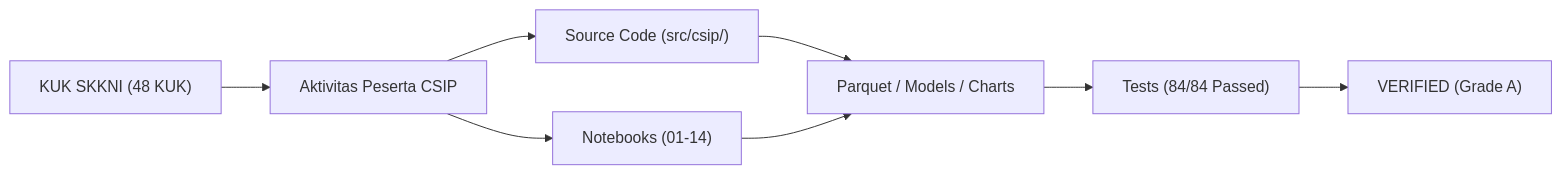
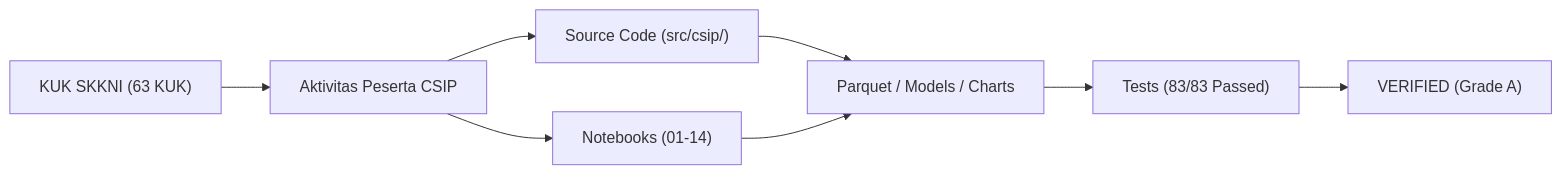
One commit to noorafaelhakimfaudka-droid/Core-Strategy-Intelligence-Platform changed the diagram in reports/evidence/evidence_traceability_matrix.md. Above: the diagram before and after it, drawn with Mermaid. The commit also changed other lines of this file and 25 other files, not shown here.

Commit message:
fix(skkni): complete canonical SKKNI 299/2020 (63 KUKs), reconstruct evidence registry, resolve dual import ModuleNotFoundError, and update test reports

````diff
--- a/reports/evidence/evidence_traceability_matrix.md
+++ b/reports/evidence/evidence_traceability_matrix.md
@@ -16,9 +16,9 @@
 ```mermaid
 flowchart LR
-    KUK["KUK SKKNI (48 KUK)"] --> Act["Aktivitas Peserta CSIP"]
+    KUK["KUK SKKNI (63 KUK)"] --> Act["Aktivitas Peserta CSIP"]
     Act --> Code["Source Code (src/csip/)"]
     Act --> NB["Notebooks (01-14)"]
     Code & NB --> Output["Parquet / Models / Charts"]
-    Output --> Test["Tests (84/84 Passed)"]
+    Output --> Test["Tests (83/83 Passed)"]
     Test --> Status["VERIFIED (Grade A)"]
 ```
````
